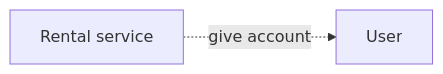
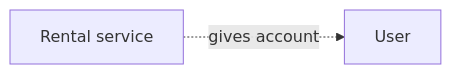
The diagram in posts/the-first-post/index.md (nomi-san/blog), drawn with Mermaid before and after one commit. The commit also changed other lines of this file and 5 other files, not shown here.

````diff
--- a/posts/the-first-post/index.md
+++ b/posts/the-first-post/index.md
@@ -72,4 +91,4 @@
 ```mermaid
 flowchart LR
-    A[Rental service] -. give account .-> User
+    A[Rental service] -. gives account .-> User
 ```
````
